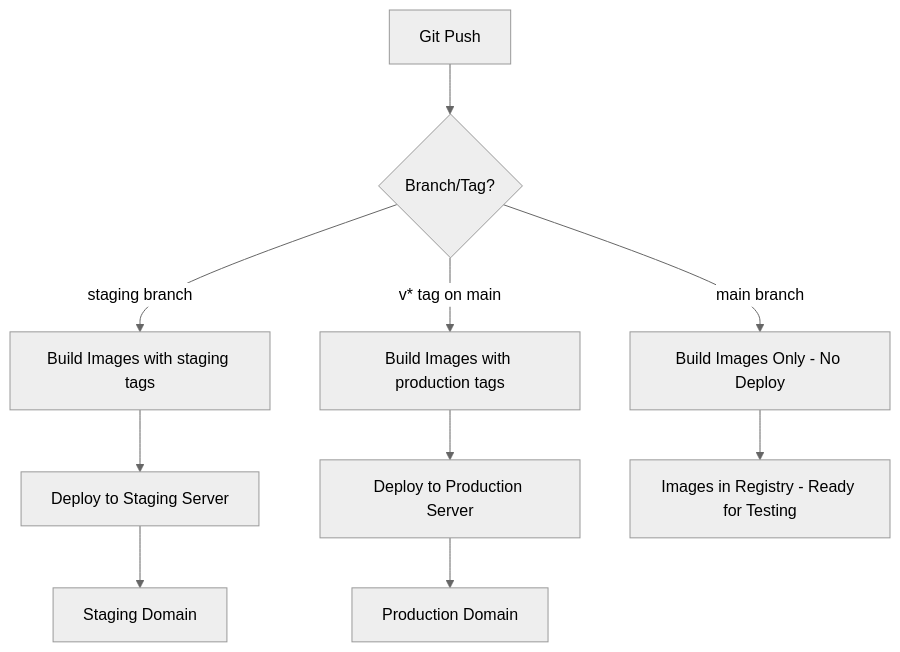
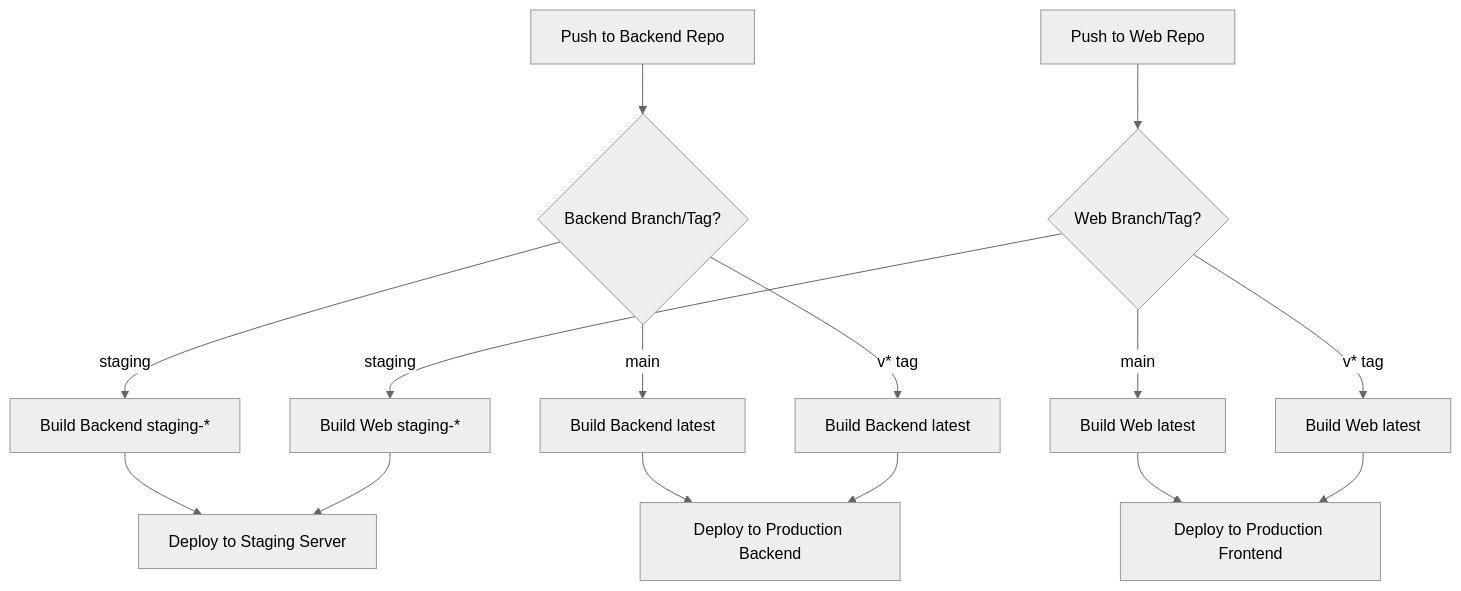
Before and after one commit to Scientifik/narro: the diagram in .claude/cicd-workflow.md, drawn with Mermaid (neutral theme). The commit also changed other lines of this file and 10 other files, not shown here.

First line of the commit message:
Update CI/CD documentation for separate-repo architecture

````diff
--- a/.claude/cicd-workflow.md
+++ b/.claude/cicd-workflow.md
@@ -11,14 +21,22 @@
 ```mermaid
 graph TD
-    A[Git Push] --> B{Branch/Tag?}
-    B -->|staging branch| C[Build Images with staging tags]
-    B -->|main branch| D[Build Images Only - No Deploy]
-    B -->|v* tag on main| E[Build Images with production tags]
+    A[Push to Backend Repo] --> B1{Backend Branch/Tag?}
+    A2[Push to Web Repo] --> B2{Web Branch/Tag?}
     
-    C --> F[Deploy to Staging Server]
-    E --> G[Deploy to Production Server]
-    D --> H[Images in Registry - Ready for Testing]
+    B1 -->|staging| C1[Build Backend staging-*]
+    B1 -->|main| C2[Build Backend latest]
+    B1 -->|v* tag| C3[Build Backend latest]
     
-    F --> I[Staging Domain]
-    G --> J[Production Domain]
+    B2 -->|staging| D1[Build Web staging-*]
+    B2 -->|main| D2[Build Web latest]
+    B2 -->|v* tag| D3[Build Web latest]
+    
+    C1 --> E1[Deploy to Staging Server]
+    D1 --> E1
+    
+    C2 --> E2[Deploy to Production Backend]
+    C3 --> E2
+    
+    D2 --> E3[Deploy to Production Frontend]
+    D3 --> E3
 ```
````
